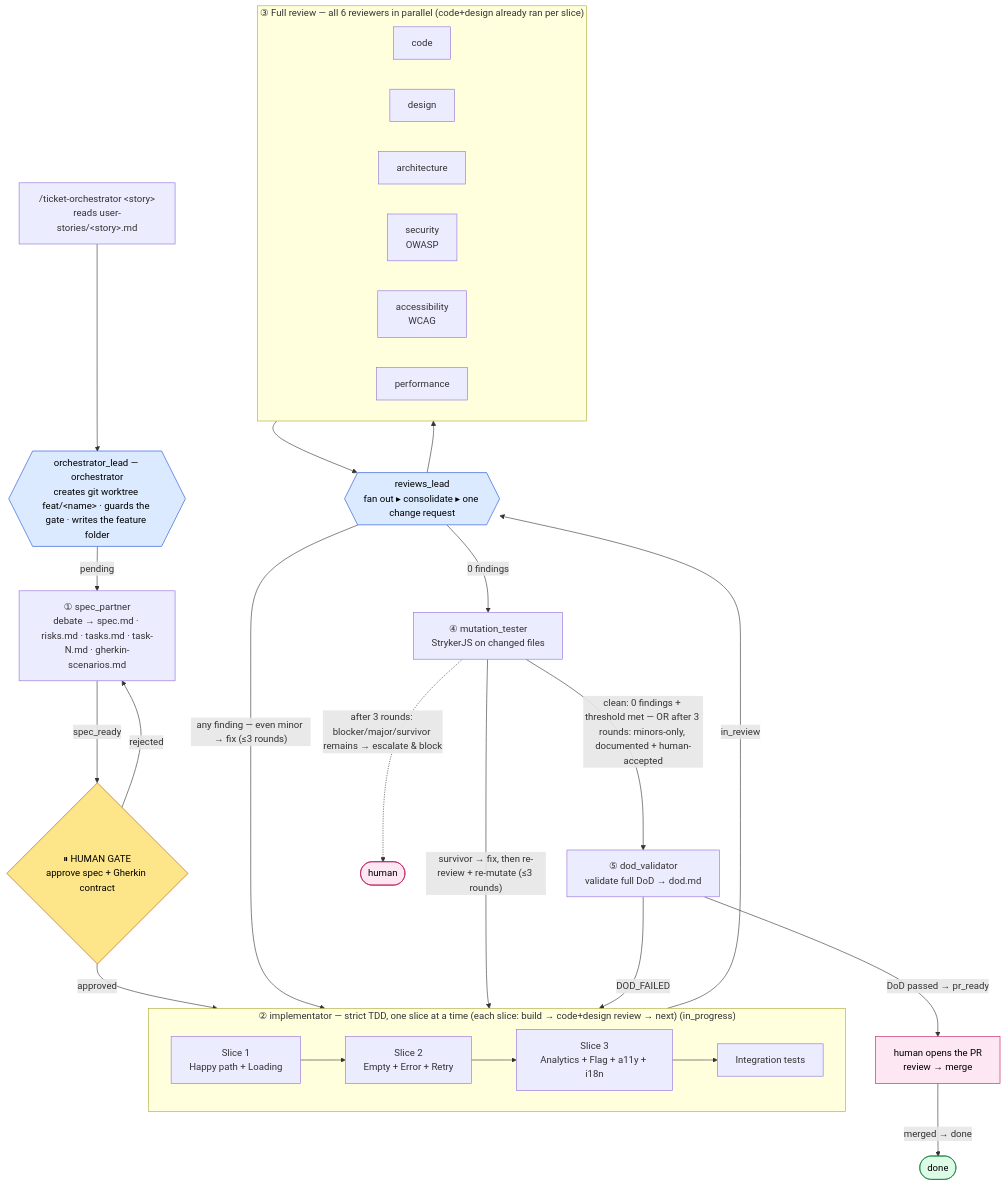
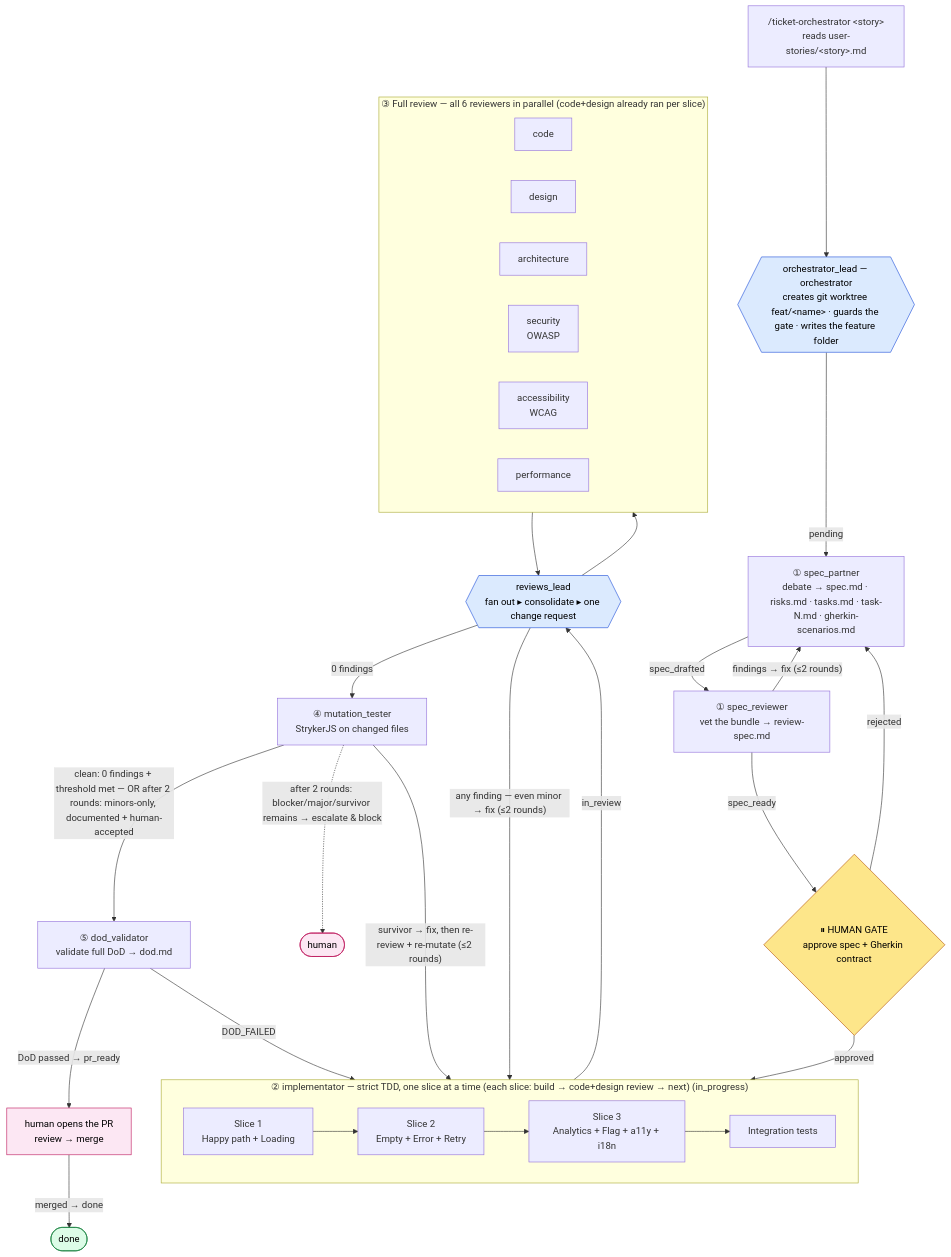
The diagram in ORCHESTRATOR_PLAN.md (LIDR-academy/AI4Devs-finalproject), drawn with Mermaid before and after one commit. The commit also changed other lines of this file and 13 other files, not shown here.

````diff
--- a/ORCHESTRATOR_PLAN.md
+++ b/ORCHESTRATOR_PLAN.md
@@ -155,46 +158,48 @@
 ```mermaid
 flowchart TD
     CLI["/ticket-orchestrator &lt;story&gt;<br/>reads user-stories/&lt;story&gt;.md"] --> LEAD{{"orchestrator_lead — orchestrator<br/>creates git worktree feat/&lt;name&gt; · guards the gate · writes the feature folder"}}
 
     LEAD -->|pending| P1["① spec_partner<br/>debate → spec.md · risks.md · tasks.md · task-N.md · gherkin-scenarios.md"]
-    P1 -->|spec_ready| GATE{"⏸ HUMAN GATE<br/>approve spec + Gherkin contract"}
+    P1 -->|spec_drafted| SR["① spec_reviewer<br/>vet the bundle → review-spec.md"]
+    SR -->|"findings → fix (≤2 rounds)"| P1
+    SR -->|spec_ready| GATE{"⏸ HUMAN GATE<br/>approve spec + Gherkin contract"}
     GATE -->|rejected| P1
 
     GATE -->|"approved"| P3G
     subgraph P3G["② implementator — strict TDD, one slice at a time (each slice: build → code+design review → next) (in_progress)"]
         direction LR
         S1["Slice 1<br/>Happy path + Loading"] --> S2["Slice 2<br/>Empty + Error + Retry"] --> S3["Slice 3<br/>Analytics + Flag + a11y + i18n"] --> INT["Integration tests"]
     end
 
     P3G -->|in_review| RL
     subgraph RV["③ Full review — all 6 reviewers in parallel (code+design already ran per slice)"]
         direction LR
         R1["code"]
         R2["design"]
         R3["architecture"]
         R4["security<br/>OWASP"]
         R5["accessibility<br/>WCAG"]
         R6["performance"]
     end
     RL{{"reviews_lead<br/>fan out ▸ consolidate ▸ one change request"}}
     RL --> RV
     RV --> RL
 
-    RL -->|"any finding — even minor → fix (≤3 rounds)"| P3G
+    RL -->|"any finding — even minor → fix (≤2 rounds)"| P3G
     RL -->|"0 findings"| MUT["④ mutation_tester<br/>StrykerJS on changed files"]
-    MUT -->|"survivor → fix, then re-review + re-mutate (≤3 rounds)"| P3G
-    MUT -->|"clean: 0 findings + threshold met — OR after 3 rounds: minors-only, documented + human-accepted"| DV["⑤ dod_validator<br/>validate full DoD → dod.md"]
-    MUT -.->|"after 3 rounds: blocker/major/survivor remains → escalate & block"| ESC(["human"])
+    MUT -->|"survivor → fix, then re-review + re-mutate (≤2 rounds)"| P3G
+    MUT -->|"clean: 0 findings + threshold met — OR after 2 rounds: minors-only, documented + human-accepted"| DV["⑤ dod_validator<br/>validate full DoD → dod.md"]
+    MUT -.->|"after 2 rounds: blocker/major/survivor remains → escalate & block"| ESC(["human"])
     DV -->|DOD_FAILED| P3G
     DV -->|"DoD passed → pr_ready"| HPR["human opens the PR<br/>review → merge"]
     HPR -->|merged → done| DONE(["done"])
 
     classDef gate fill:#fde68a,stroke:#b45309,color:#000;
     classDef lead fill:#dbeafe,stroke:#1d4ed8,color:#000;
     classDef terminal fill:#dcfce7,stroke:#15803d,color:#000;
     classDef human fill:#fce7f3,stroke:#be185d,color:#000;
     class GATE gate;
     class LEAD,RL lead;
     class HPR,ESC human;
     class DONE terminal;
 ```
````
